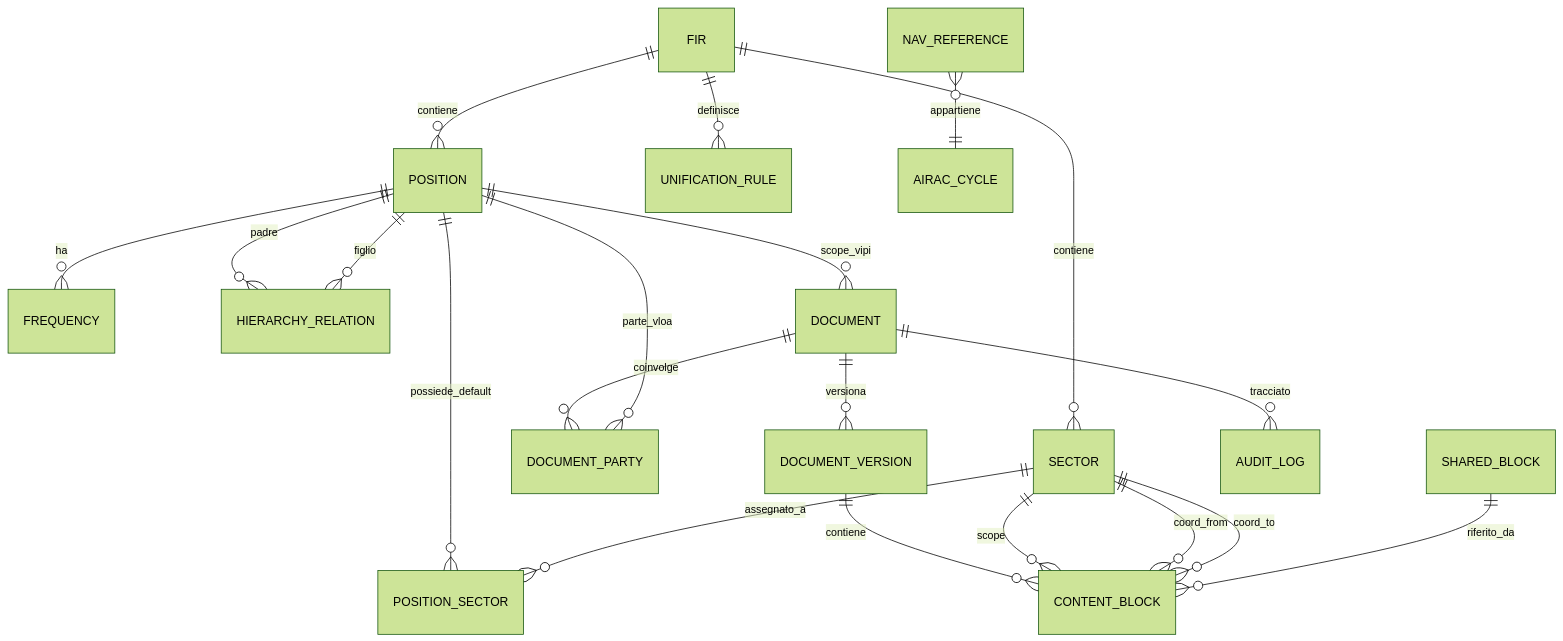
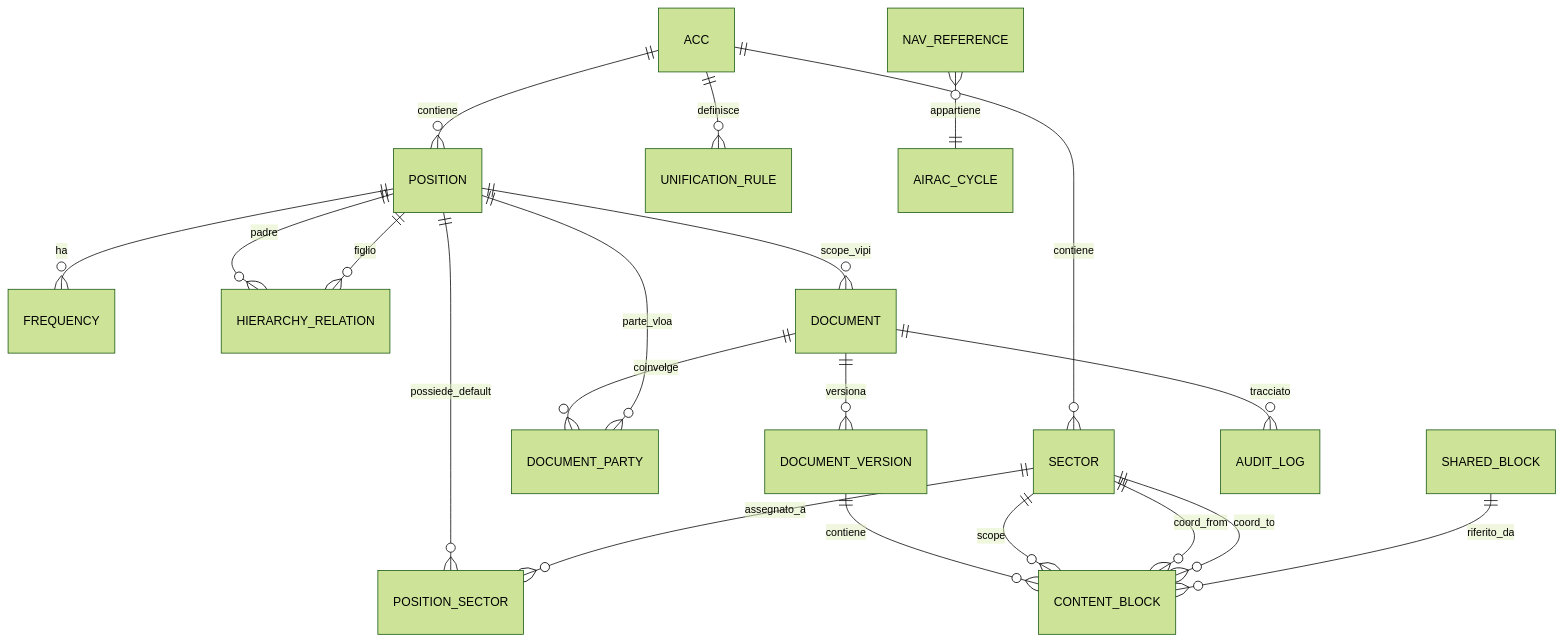
Before and after one commit to SkyMistery/Digital_vIPI: the diagram in SPEC_Modello_Dati.md, drawn with Mermaid (forest theme). The commit also changed other lines of this file and 10 other files, not shown here.

First line of the commit message:
docs: Round 13 (rename Fir->Acc + import ACC/settori)

````diff
--- a/SPEC_Modello_Dati.md
+++ b/SPEC_Modello_Dati.md
@@ -29,22 +29,22 @@
 ```mermaid
 erDiagram
-    FIR ||--o{ POSITION : contiene
-    FIR ||--o{ SECTOR : contiene
-    FIR ||--o{ UNIFICATION_RULE : definisce
+    ACC ||--o{ POSITION : contiene
+    ACC ||--o{ SECTOR : contiene
+    ACC ||--o{ UNIFICATION_RULE : definisce
     POSITION ||--o{ FREQUENCY : ha
     POSITION ||--o{ POSITION_SECTOR : possiede_default
     SECTOR  ||--o{ POSITION_SECTOR : assegnato_a
     POSITION ||--o{ HIERARCHY_RELATION : padre
     POSITION ||--o{ HIERARCHY_RELATION : figlio
     POSITION ||--o{ DOCUMENT : scope_vipi
     DOCUMENT ||--o{ DOCUMENT_PARTY : coinvolge
     POSITION ||--o{ DOCUMENT_PARTY : parte_vloa
     DOCUMENT ||--o{ DOCUMENT_VERSION : versiona
     DOCUMENT_VERSION ||--o{ CONTENT_BLOCK : contiene
     SECTOR ||--o{ CONTENT_BLOCK : scope
     SECTOR ||--o{ CONTENT_BLOCK : coord_from
     SECTOR ||--o{ CONTENT_BLOCK : coord_to
     SHARED_BLOCK ||--o{ CONTENT_BLOCK : riferito_da
     DOCUMENT ||--o{ AUDIT_LOG : tracciato
     NAV_REFERENCE }o--|| AIRAC_CYCLE : appartiene
 ```
````
